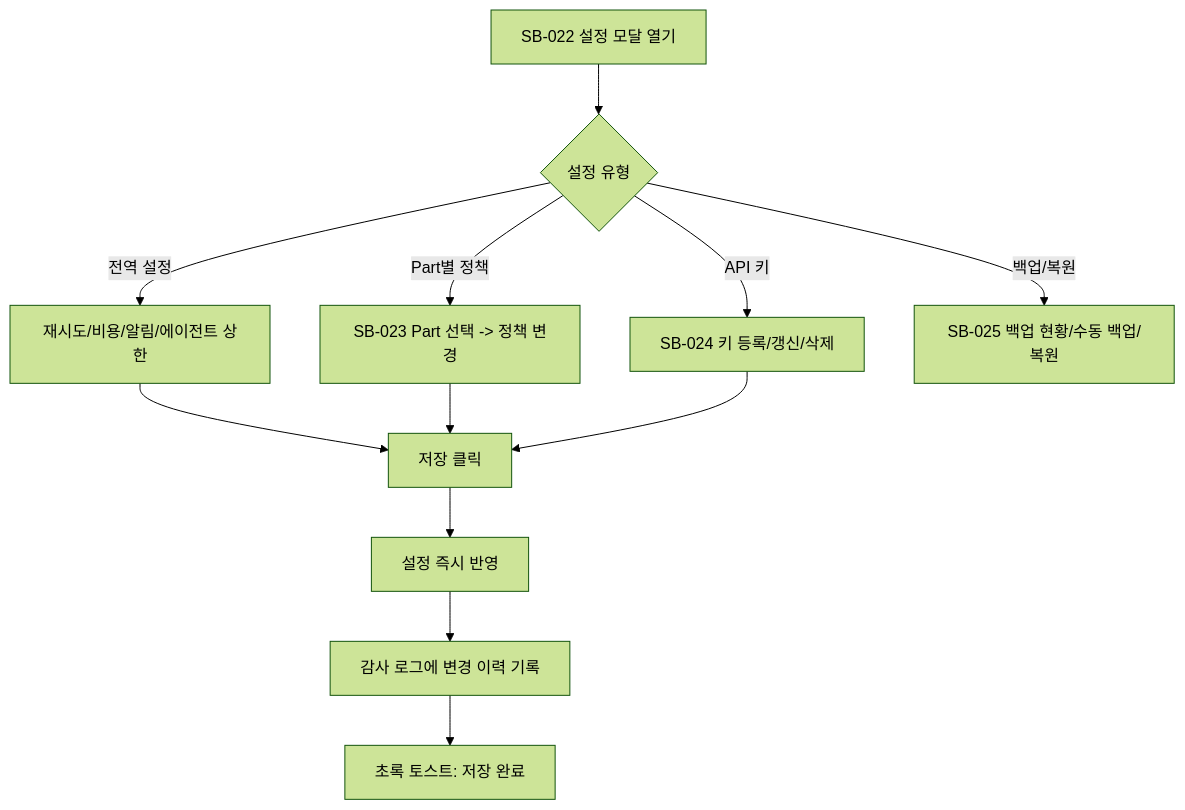
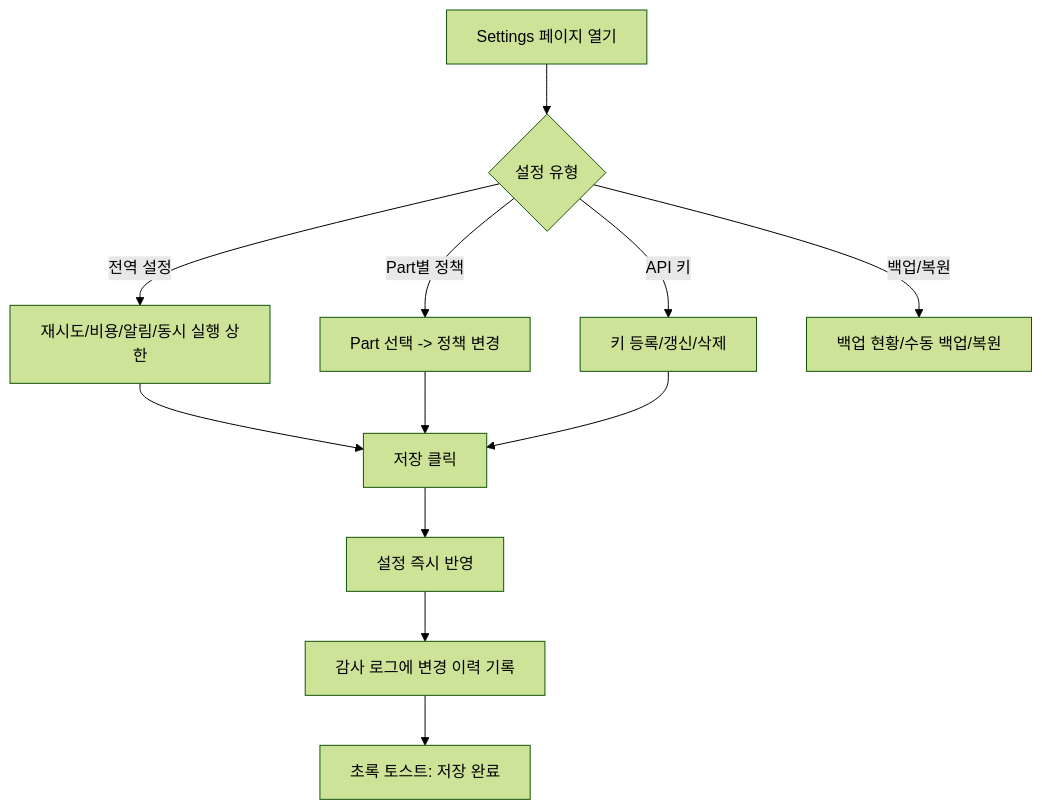
Diagram 12 of 15 in 03_design/🔀 user-flow.md (Jeonyunjae/ClaudeManager), drawn with Mermaid (forest theme) before and after one commit. The commit also changed other lines of this file and 221 other files, not shown here.

````diff
--- a/03_design/🔀 user-flow.md
+++ b/03_design/🔀 user-flow.md
@@ -232,16 +248,16 @@
 ```mermaid
 flowchart TD
-    A[SB-022 설정 모달 열기] --> B{설정 유형}
-    B -->|전역 설정| C[재시도/비용/알림/에이전트 상한]
-    B -->|Part별 정책| D[SB-023 Part 선택 -> 정책 변경]
-    B -->|API 키| E[SB-024 키 등록/갱신/삭제]
-    B -->|백업/복원| F[SB-025 백업 현황/수동 백업/복원]
+    A[Settings 페이지 열기] --> B{설정 유형}
+    B -->|전역 설정| C[재시도/비용/알림/동시 실행 상한]
+    B -->|Part별 정책| D[Part 선택 -> 정책 변경]
+    B -->|API 키| E[키 등록/갱신/삭제]
+    B -->|백업/복원| F[백업 현황/수동 백업/복원]
     
     C --> G[저장 클릭]
     D --> G
     E --> G
     
     G --> H[설정 즉시 반영]
     H --> I[감사 로그에 변경 이력 기록]
     I --> J[초록 토스트: 저장 완료]
 ```
````
